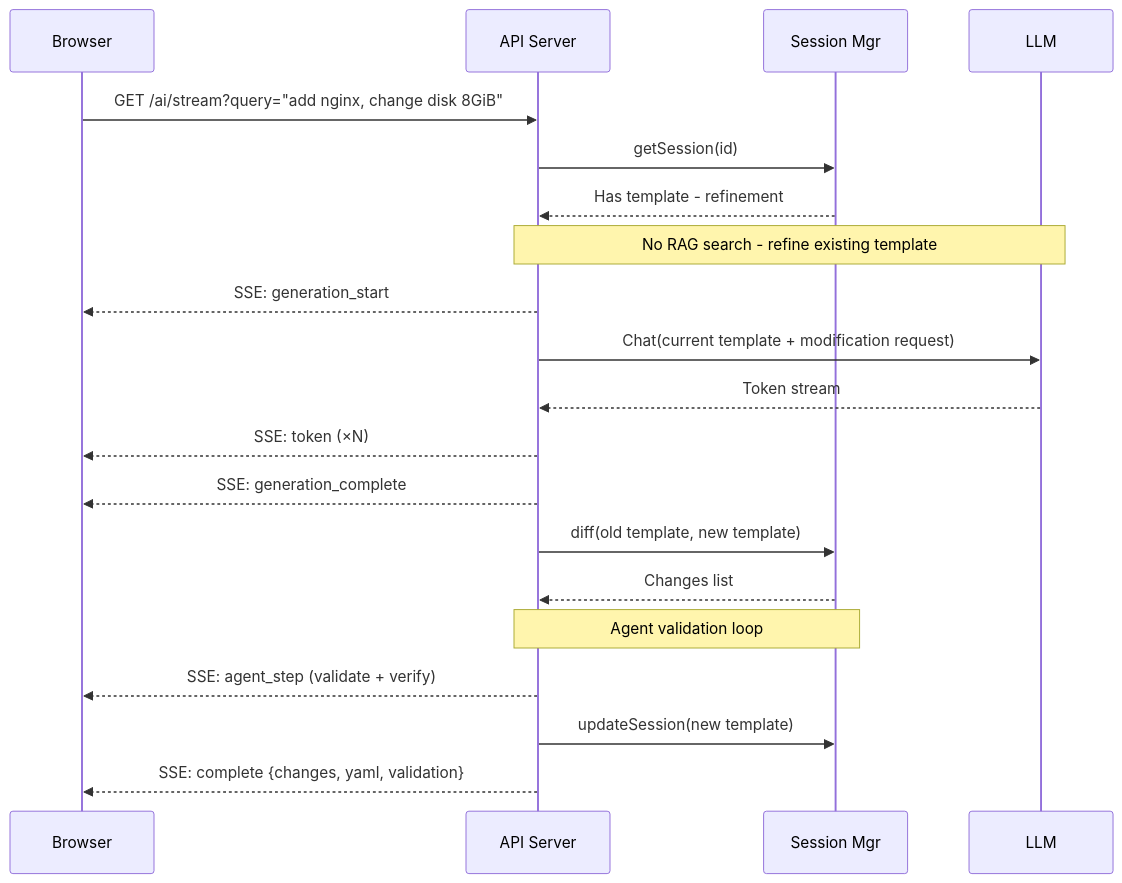
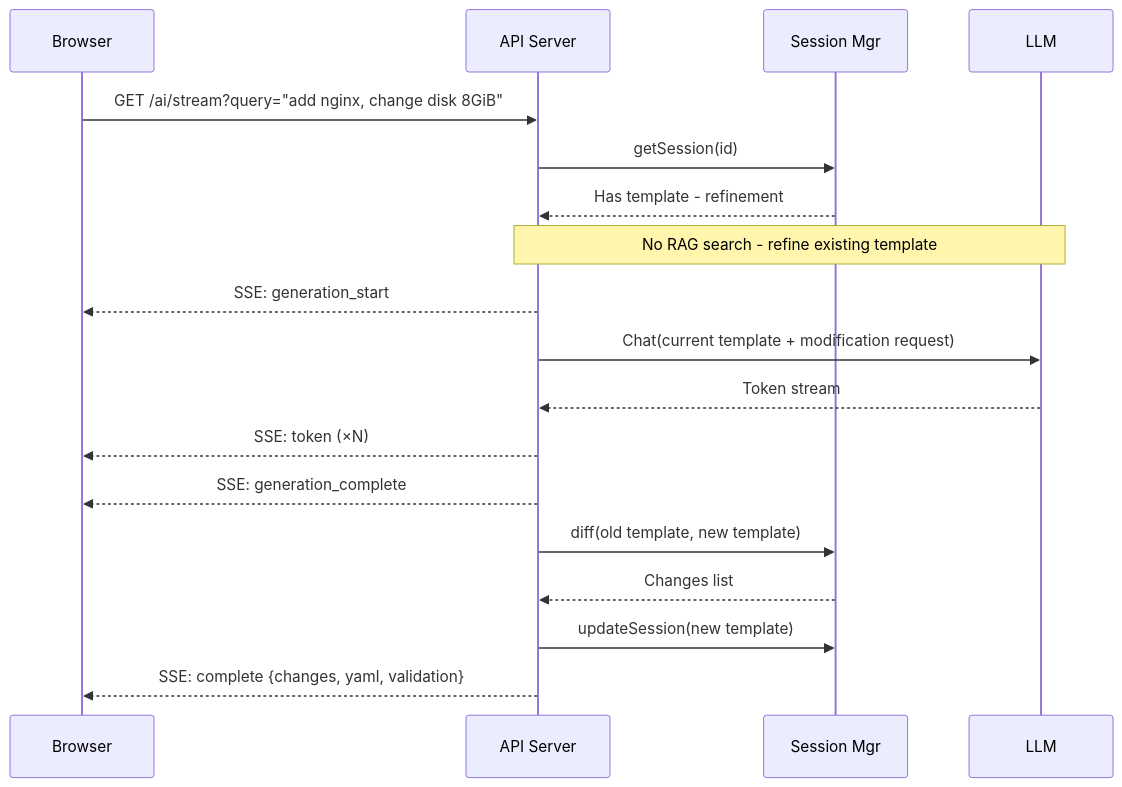
The third of 5 diagrams in docs/architecture/adr-web-interface-architecture.md (open-edge-platform/image-composer-tool), drawn with Mermaid before and after one commit. The commit also changed other lines of this file, not shown here.

First line of the commit message:
docs(adr): defer agent validation to future implementation phase

````diff
--- a/docs/architecture/adr-web-interface-architecture.md
+++ b/docs/architecture/adr-web-interface-architecture.md
@@ -590,27 +503,24 @@
 ```mermaid
 sequenceDiagram
     participant B as Browser
     participant A as API Server
     participant S as Session Mgr
     participant L as LLM
 
     B->>A: GET /ai/stream?query="add nginx, change disk 8GiB"
     A->>S: getSession(id)
     S-->>A: Has template - refinement
 
     Note over A,L: No RAG search - refine existing template
     A-->>B: SSE: generation_start
     A->>L: Chat(current template + modification request)
     L-->>A: Token stream
     A-->>B: SSE: token (×N)
     A-->>B: SSE: generation_complete
 
     A->>S: diff(old template, new template)
     S-->>A: Changes list
 
-    Note over A,S: Agent validation loop
-    A-->>B: SSE: agent_step (validate + verify)
-
     A->>S: updateSession(new template)
     A-->>B: SSE: complete {changes, yaml, validation}
 ```
````
